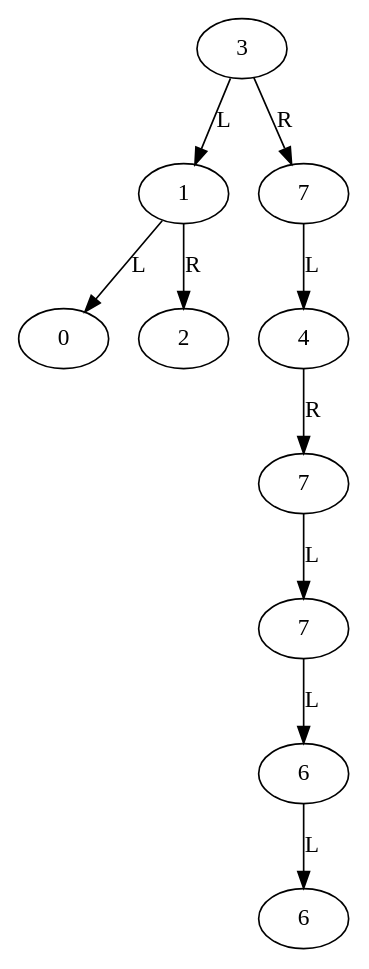
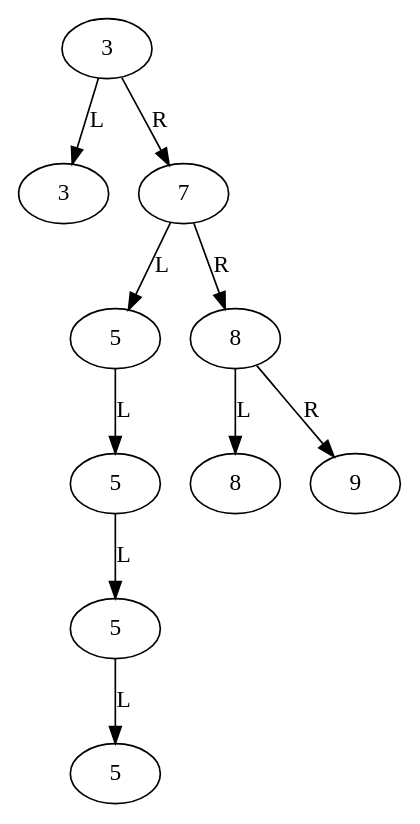
One commit to JohnMengesCareer/InterviewQuestions changed the diagram in BST.gv. Above: the diagram before and after it, drawn with Graphviz. The commit also changed 2 other files, not shown here.

```diff
--- a/BST.gv
+++ b/BST.gv
@@ -1,20 +1,20 @@
-digraph bst {  357218532 [label="3"]
-  357218532 -> 1555073959 [label="L"]
-  1555073959 [label="1"]
+digraph bst {  1555073959 [label="3"]
   1555073959 -> 1252044923 [label="L"]
-  1252044923 [label="0"]
+  1252044923 [label="3"]
   1555073959 -> 2074247555 [label="R"]
-  2074247555 [label="2"]
-  357218532 -> 1776615134 [label="R"]
-  1776615134 [label="7"]
+  2074247555 [label="7"]
+  2074247555 -> 1776615134 [label="L"]
+  1776615134 [label="5"]
   1776615134 -> 957929250 [label="L"]
-  957929250 [label="4"]
-  957929250 -> 232003191 [label="R"]
-  232003191 [label="7"]
+  957929250 [label="5"]
+  957929250 -> 232003191 [label="L"]
+  232003191 [label="5"]
   232003191 -> 1594811832 [label="L"]
-  1594811832 [label="7"]
-  1594811832 -> 1259062217 [label="L"]
-  1259062217 [label="6"]
+  1594811832 [label="5"]
+  2074247555 -> 1259062217 [label="R"]
+  1259062217 [label="8"]
   1259062217 -> 1902307228 [label="L"]
-  1902307228 [label="6"]
+  1902307228 [label="8"]
+  1259062217 -> 341044460 [label="R"]
+  341044460 [label="9"]
 }
```
